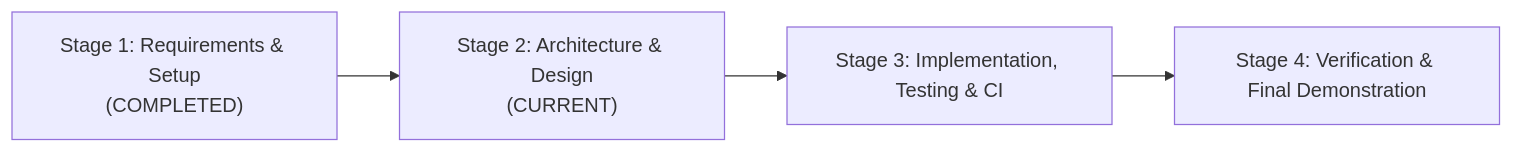
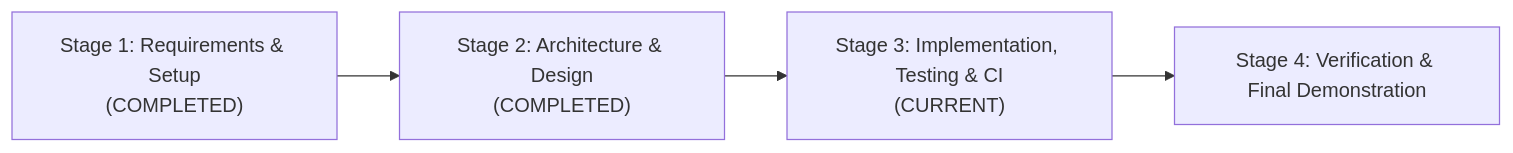
One commit to SuhasiniMadala/Financial_Ledger_Team_QUASAR changed the diagram in docs/architecture/development-plan.md. Above: the diagram before and after it, drawn with Mermaid. The commit also changed other lines of this file and 9 other files, not shown here.

````diff
--- a/docs/architecture/development-plan.md
+++ b/docs/architecture/development-plan.md
@@ -7,6 +7,6 @@
 ```mermaid
 graph LR
-    S1["Stage 1: Requirements & Setup<br/>(COMPLETED)"] --> S2["Stage 2: Architecture & Design<br/>(CURRENT)"]
-    S2 --> S3["Stage 3: Implementation, Testing & CI"]
+    S1["Stage 1: Requirements & Setup<br/>(COMPLETED)"] --> S2["Stage 2: Architecture & Design<br/>(COMPLETED)"]
+    S2 --> S3["Stage 3: Implementation, Testing & CI<br/>(CURRENT)"]
     S3 --> S4["Stage 4: Verification & Final Demonstration"]
 ```
````
